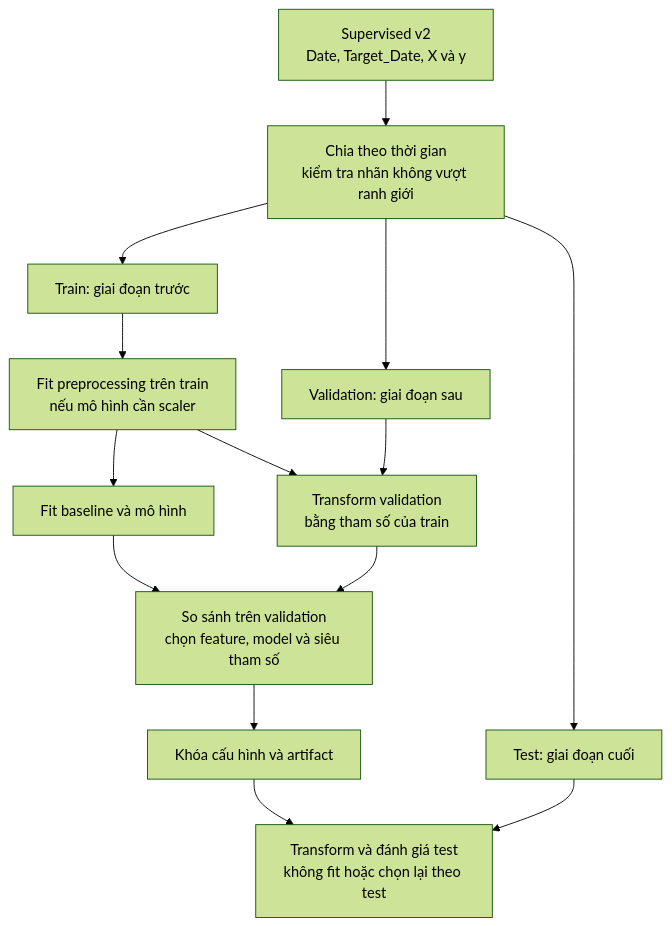
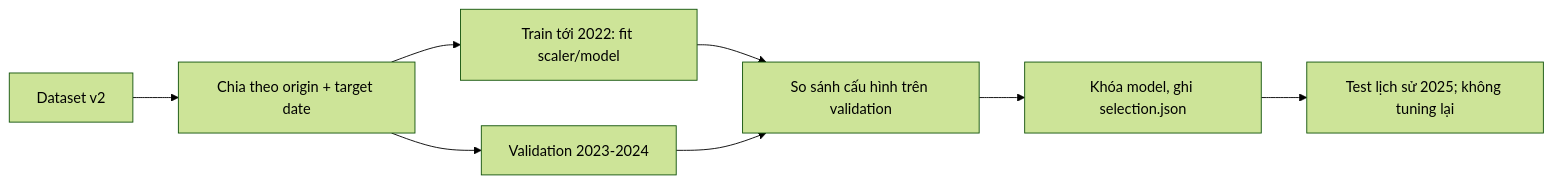
The second of 3 diagrams in README.md (PhucTruong11/FPT_Stock_Forecasting), drawn with Mermaid (forest theme) before and after one commit. The commit also changed other lines of this file and 54 other files, not shown here.

````diff
--- a/README.md
+++ b/README.md
@@ -62,16 +95,10 @@
 ```mermaid
-flowchart TD
-    A["Supervised v2<br/>Date, Target_Date, X và y"] --> B["Chia theo thời gian<br/>kiểm tra nhãn không vượt ranh giới"]
-    B --> T["Train: giai đoạn trước"]
-    B --> V["Validation: giai đoạn sau"]
-    B --> Q["Test: giai đoạn cuối"]
-    T --> P["Fit preprocessing trên train<br/>nếu mô hình cần scaler"]
-    P --> M["Fit baseline và mô hình"]
-    P --> VP["Transform validation<br/>bằng tham số của train"]
-    V --> VP
-    M --> S["So sánh trên validation<br/>chọn feature, model và siêu tham số"]
-    VP --> S
-    S --> L["Khóa cấu hình và artifact"]
-    L --> E["Transform và đánh giá test<br/>không fit hoặc chọn lại theo test"]
-    Q --> E
+flowchart LR
+    A["Dataset v2"] --> B["Chia theo origin + target date"]
+    B --> C["Train tới 2022: fit scaler/model"]
+    B --> D["Validation 2023-2024"]
+    C --> E["So sánh cấu hình trên validation"]
+    D --> E
+    E --> F["Khóa model, ghi selection.json"]
+    F --> G["Test lịch sử 2025; không tuning lại"]
 ```
````
